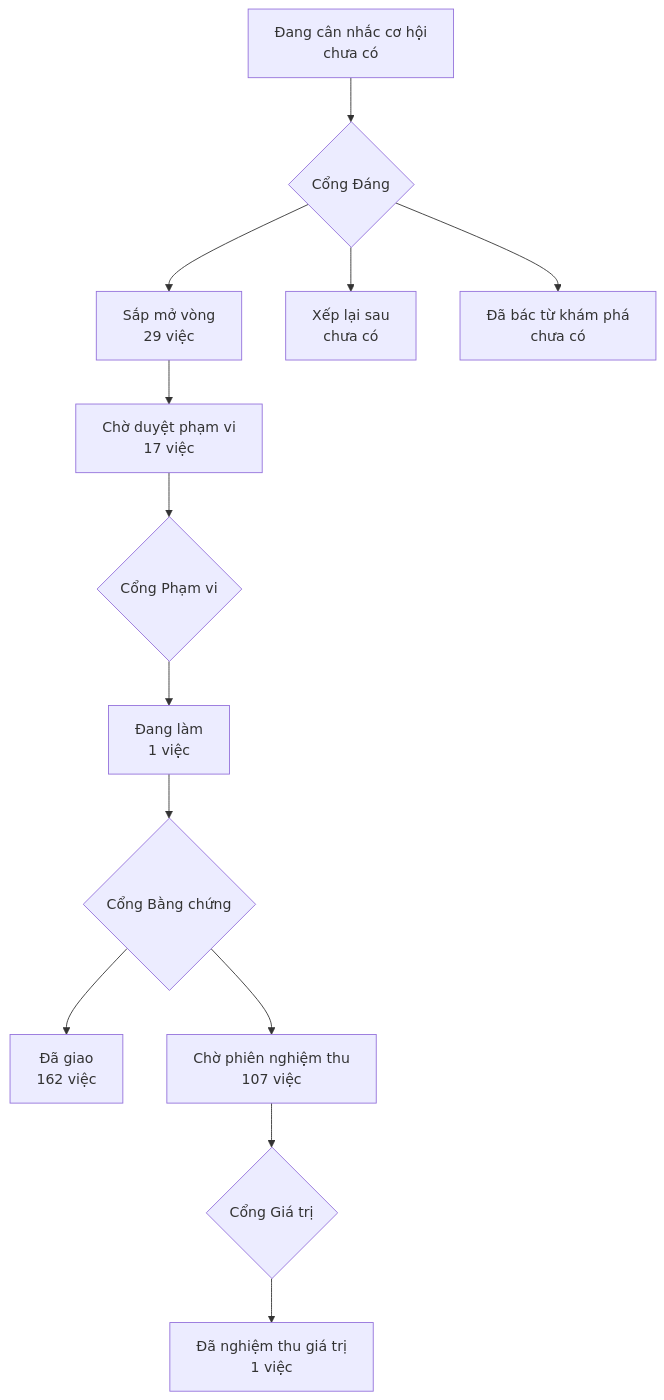
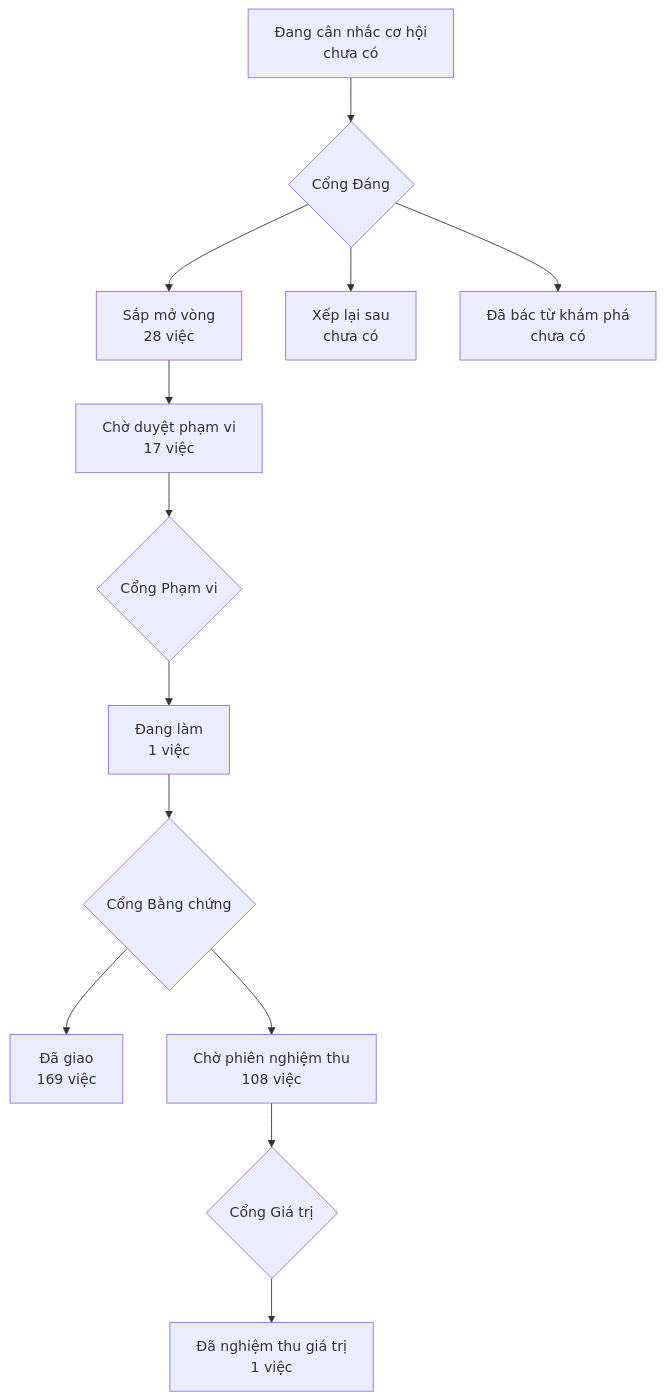
One commit to phanlemanh/onehub-invest changed the diagram in PRODUCT-MAP.md. Above: the diagram before and after it, drawn with Mermaid. The commit also changed other lines of this file and 7 other files, not shown here.

Commit message:
test(acceptance): au3-moi-truong-thu-buoc-doc-gop S4 r1 — PASS, chờ Cổng Bằng chứng (Ngoài-1)

````diff
--- a/PRODUCT-MAP.md
+++ b/PRODUCT-MAP.md
@@ -7,12 +7,12 @@
 ```mermaid
 flowchart TD
   A["Đang cân nhắc cơ hội<br/>chưa có"] --> GD{"Cổng Đáng"}
-  GD --> B["Sắp mở vòng<br/>29 việc"]
+  GD --> B["Sắp mở vòng<br/>28 việc"]
   GD --> XL["Xếp lại sau<br/>chưa có"]
   GD --> DB["Đã bác từ khám phá<br/>chưa có"]
   B --> CD["Chờ duyệt phạm vi<br/>17 việc"] --> GP{"Cổng Phạm vi"}
   GP --> DL["Đang làm<br/>1 việc"] --> GB{"Cổng Bằng chứng"}
-  GB --> DG["Đã giao<br/>162 việc"]
-  GB --> CN["Chờ phiên nghiệm thu<br/>107 việc"] --> GG{"Cổng Giá trị"}
+  GB --> DG["Đã giao<br/>169 việc"]
+  GB --> CN["Chờ phiên nghiệm thu<br/>108 việc"] --> GG{"Cổng Giá trị"}
   GG --> NT["Đã nghiệm thu giá trị<br/>1 việc"]
 ```
````
